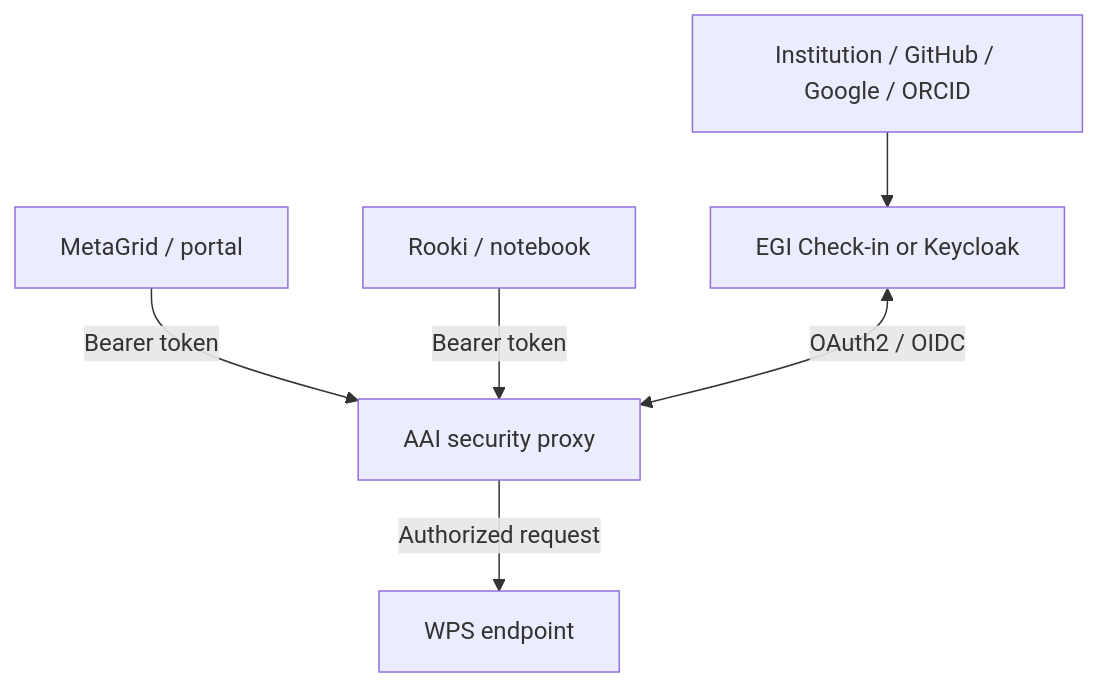
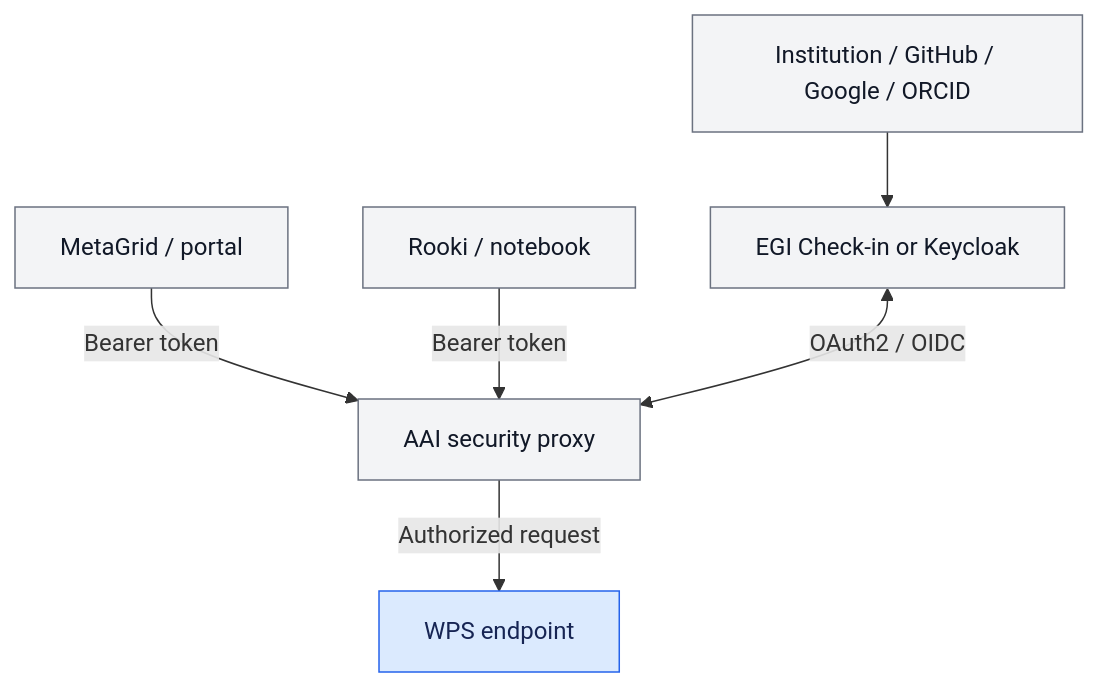
One commit to roocs/rook changed the eighth of 11 diagrams in Rook_WPS_ESGF2_talk_draft.md. Above: the diagram before and after it, drawn with Mermaid. The commit also changed other lines of this file and 12 other files, not shown here.

````diff
--- a/Rook_WPS_ESGF2_talk_draft.md
+++ b/Rook_WPS_ESGF2_talk_draft.md
@@ -330,8 +373,12 @@
 ```mermaid
 flowchart TD
     IdP["Institution / GitHub / Google / ORCID"] --> Identity["EGI Check-in or Keycloak"]
     Portal["MetaGrid / portal"] -->|"Bearer token"| Proxy["AAI security proxy"]
     Notebook["Rooki / notebook"] -->|"Bearer token"| Proxy
     Identity <-->|"OAuth2 / OIDC"| Proxy
     Proxy -->|"Authorized request"| WPS["WPS endpoint"]
+
+    classDef default fill:#f3f4f6,stroke:#6b7280,color:#111827
+    classDef rook fill:#dbeafe,stroke:#2563eb,color:#172554
+    class WPS rook
 ```
````
